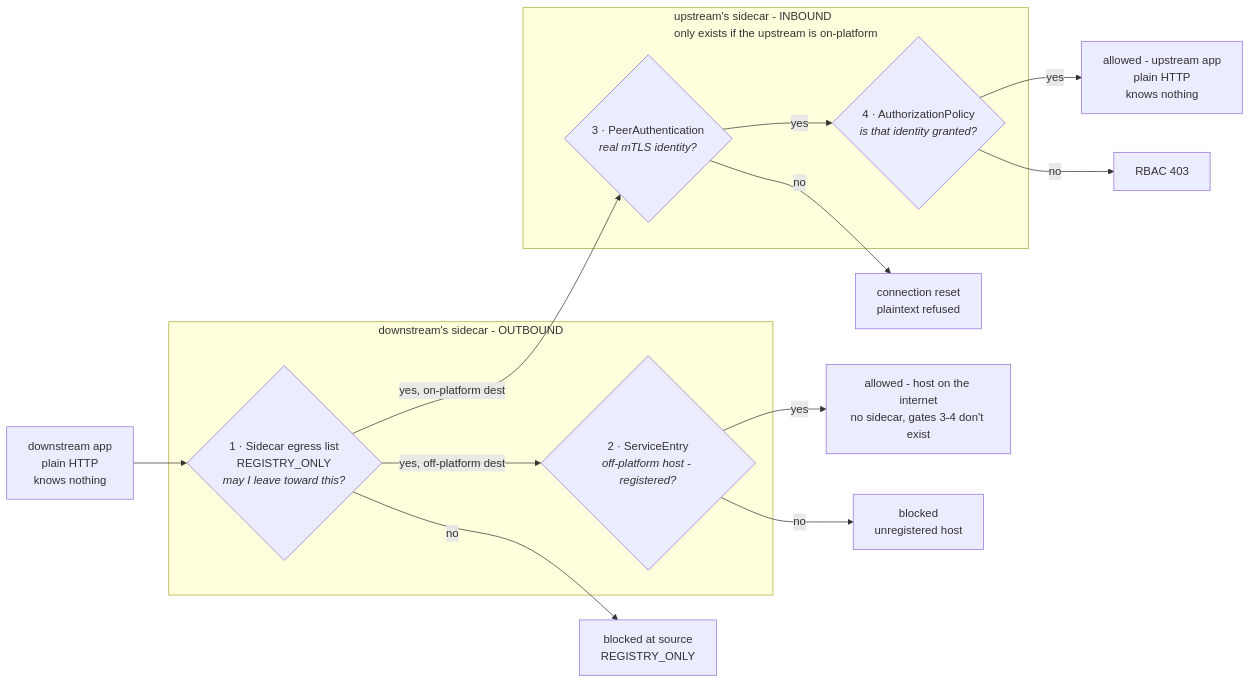
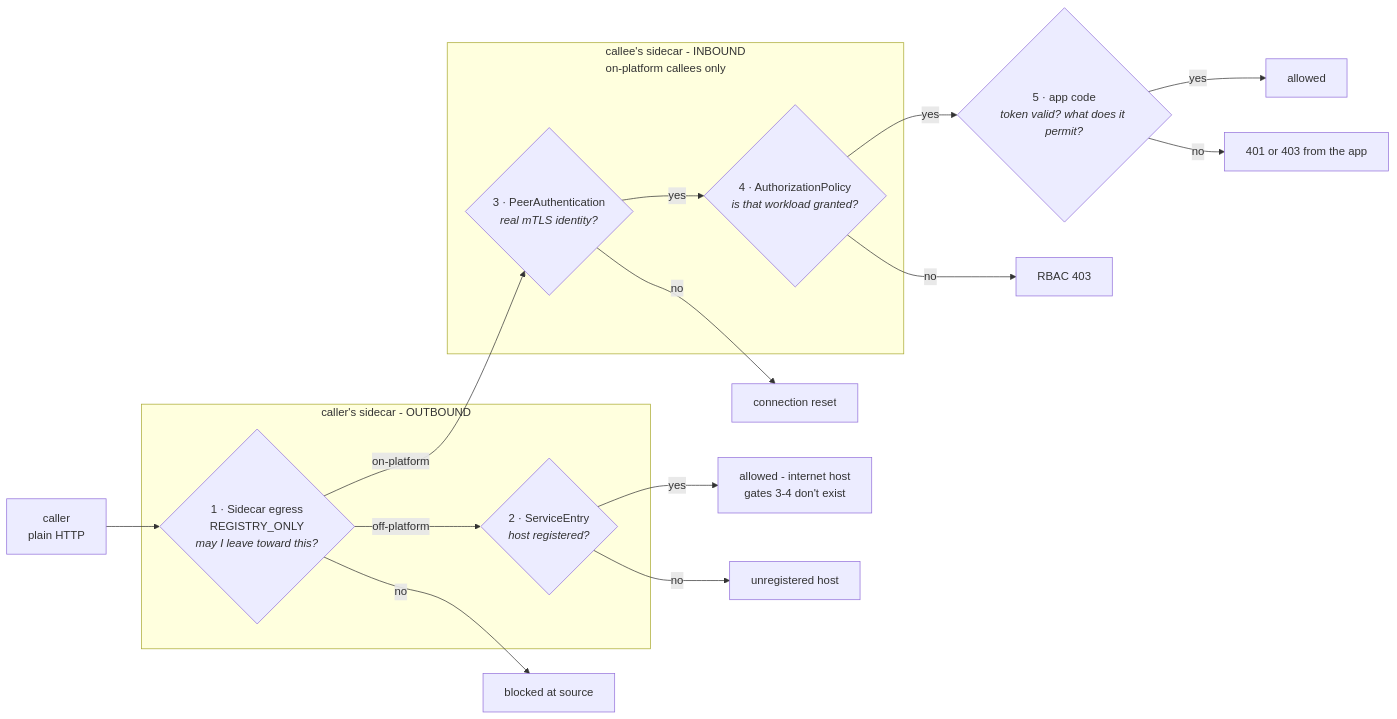
Before and after one commit to cujarrett/homelab: the diagram in platform/docs/connections.md, drawn with Mermaid. The commit also changed other lines of this file and 1 other file, not shown here.

````diff
--- a/platform/docs/connections.md
+++ b/platform/docs/connections.md
@@ -94,25 +28,27 @@
 ```mermaid
 flowchart LR
-    APP["downstream app<br/>plain HTTP<br/>knows nothing"] --> G1
+    APP["caller<br/>plain HTTP"] --> G1
 
-    subgraph OUT["downstream's sidecar - OUTBOUND"]
-      G1{"1 · Sidecar egress list<br/>REGISTRY_ONLY<br/><i>may I leave toward this?</i>"}
-      G2{"2 · ServiceEntry<br/><i>off-platform host - registered?</i>"}
+    subgraph OUT["caller's sidecar - OUTBOUND"]
+      G1{"1 · Sidecar egress<br/>REGISTRY_ONLY<br/><i>may I leave toward this?</i>"}
+      G2{"2 · ServiceEntry<br/><i>host registered?</i>"}
     end
 
-    subgraph IN["upstream's sidecar - INBOUND<br/>only exists if the upstream is on-platform"]
+    subgraph IN["callee's sidecar - INBOUND<br/>on-platform callees only"]
       G3{"3 · PeerAuthentication<br/><i>real mTLS identity?</i>"}
-      G4{"4 · AuthorizationPolicy<br/><i>is that identity granted?</i>"}
+      G4{"4 · AuthorizationPolicy<br/><i>is that workload granted?</i>"}
       G3 -->|yes| G4
     end
 
-    G1 -->|"yes, on-platform dest"| G3
-    G1 -->|"yes, off-platform dest"| G2
-    G2 -->|yes| NET["allowed - host on the internet<br/>no sidecar, gates 3-4 don't exist"]
-    G4 -->|yes| DST["allowed - upstream app<br/>plain HTTP<br/>knows nothing"]
+    G1 -->|"on-platform"| G3
+    G1 -->|"off-platform"| G2
+    G2 -->|yes| NET["allowed - internet host<br/>gates 3-4 don't exist"]
+    G4 -->|yes| G5{"5 · app code<br/><i>token valid? what does it permit?</i>"}
+    G5 -->|yes| DST["allowed"]
 
-    G1 -->|no| D1["blocked at source<br/>REGISTRY_ONLY"]
-    G2 -->|no| D2["blocked<br/>unregistered host"]
-    G3 -->|no| D3["connection reset<br/>plaintext refused"]
+    G1 -->|no| D1["blocked at source"]
+    G2 -->|no| D2["unregistered host"]
+    G3 -->|no| D3["connection reset"]
     G4 -->|no| D4["RBAC 403"]
+    G5 -->|no| D5["401 or 403 from the app"]
 ```
````
